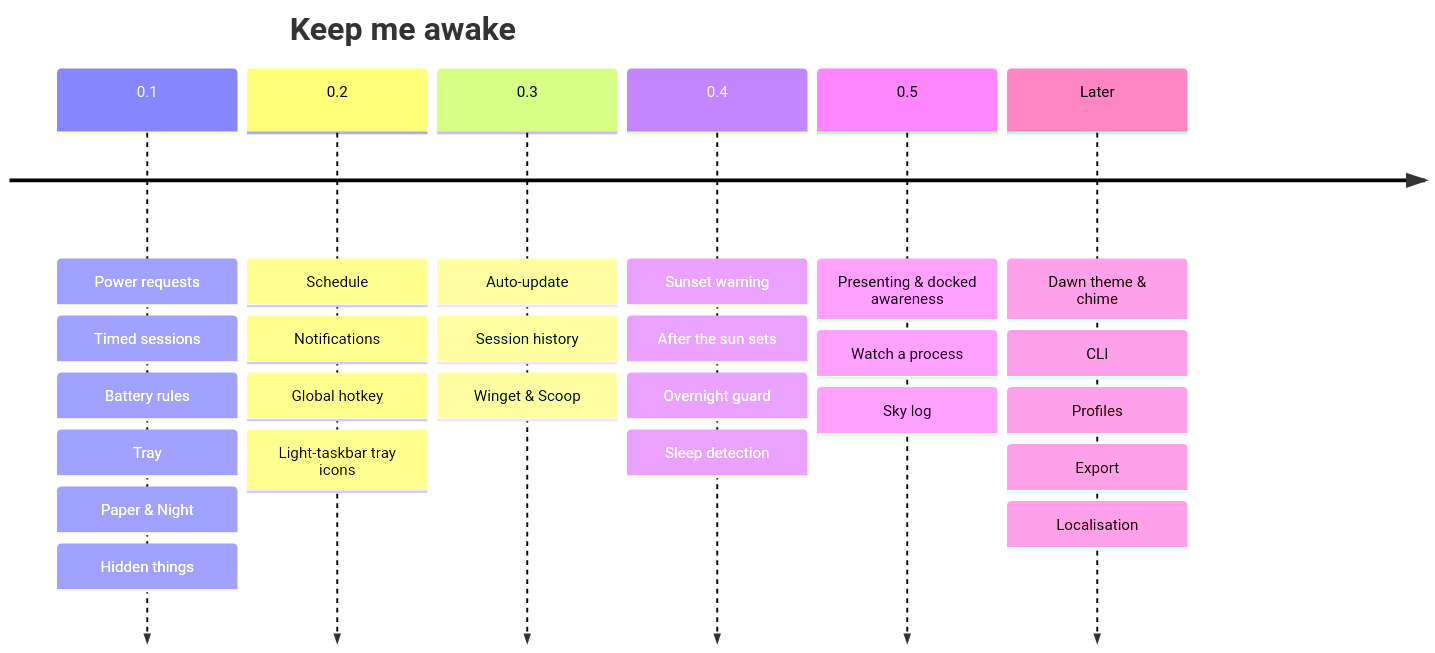
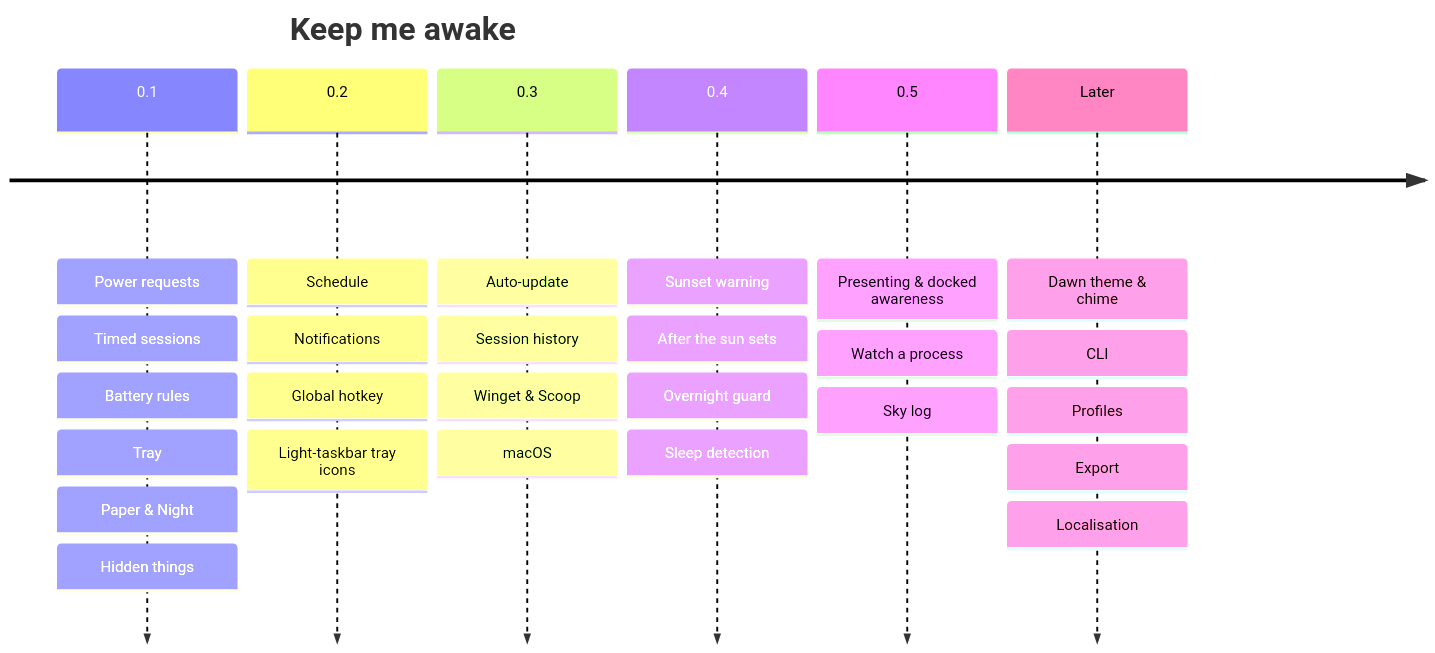
Before and after one commit to ax5hay/KeepMeAwake: the diagram in docs/roadmap.md, drawn with Mermaid. The commit also changed other lines of this file and 3 other files, not shown here.

````diff
--- a/docs/roadmap.md
+++ b/docs/roadmap.md
@@ -8,10 +8,10 @@
 ```mermaid
 timeline
     title Keep me awake
     0.1 : Power requests : Timed sessions : Battery rules : Tray : Paper & Night : Hidden things
     0.2 : Schedule : Notifications : Global hotkey : Light-taskbar tray icons
-    0.3 : Auto-update : Session history : Winget & Scoop
+    0.3 : Auto-update : Session history : Winget & Scoop : macOS
     0.4 : Sunset warning : After the sun sets : Overnight guard : Sleep detection
     0.5 : Presenting & docked awareness : Watch a process : Sky log
     Later : Dawn theme & chime : CLI : Profiles : Export : Localisation
 ```
````
